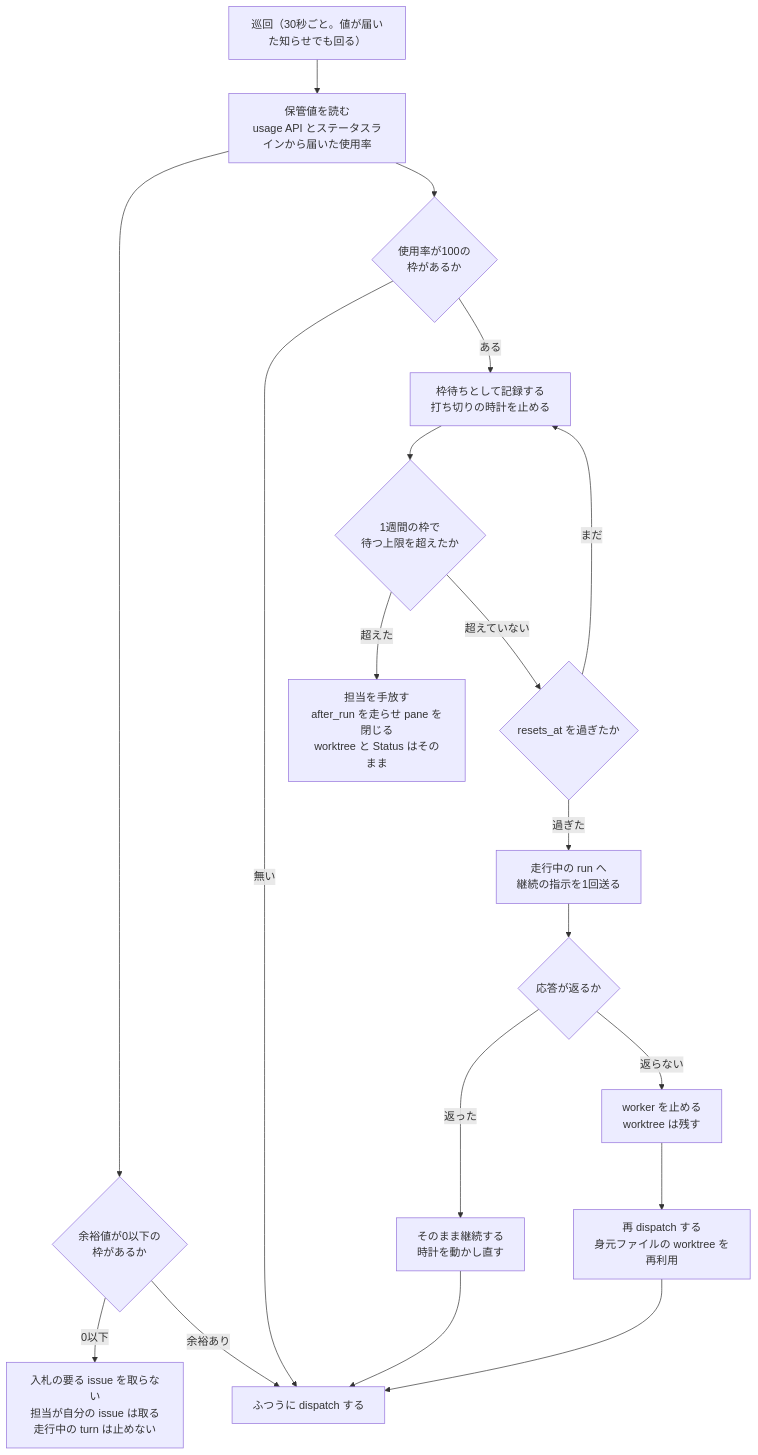
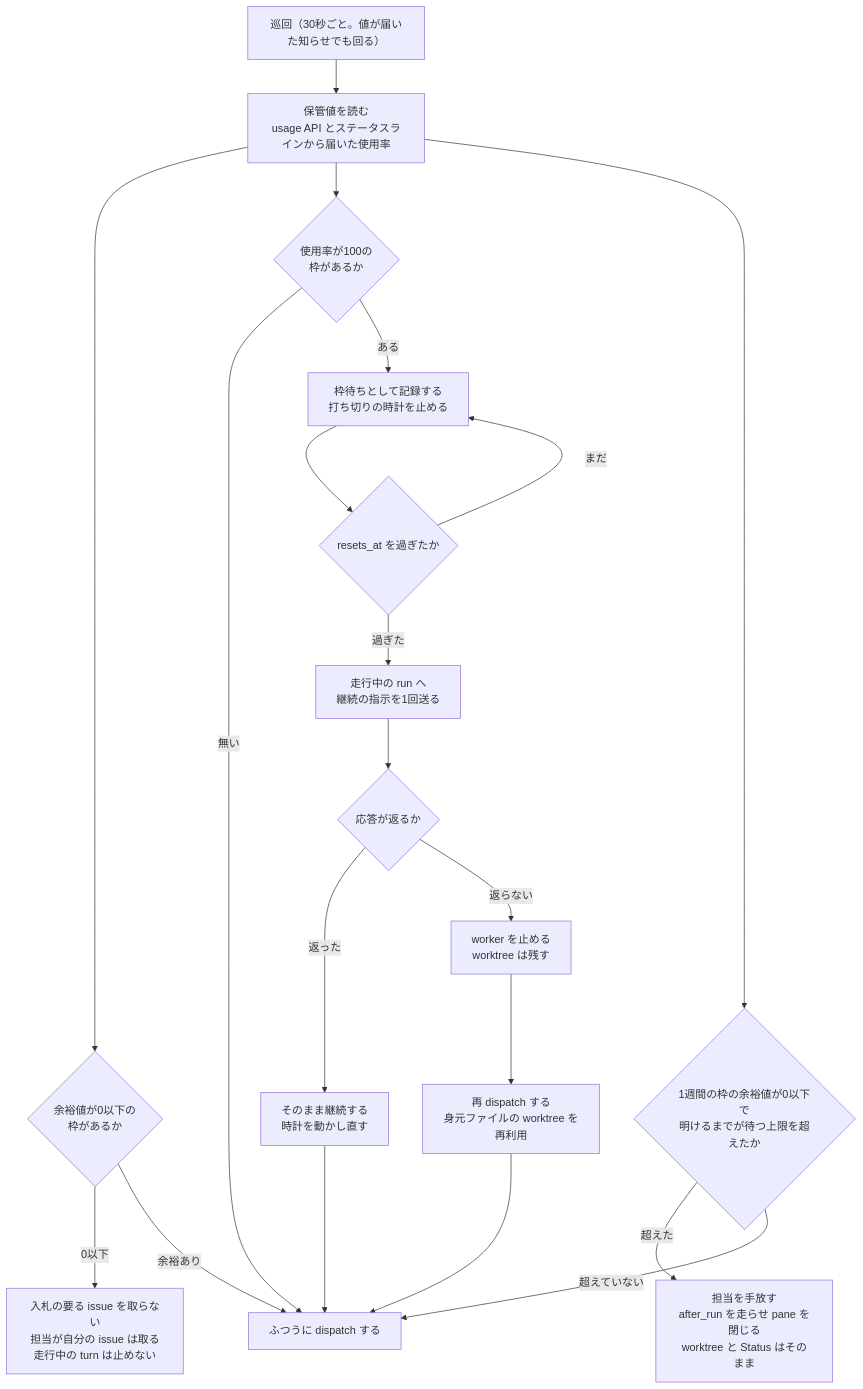
Before and after one commit to maimuzo/continuo: the fourth of 4 diagrams in docs/plans/continuo_design_slim.md, drawn with Mermaid. The commit also changed other lines of this file and 13 other files, not shown here.

````diff
--- a/docs/plans/continuo_design_slim.md
+++ b/docs/plans/continuo_design_slim.md
@@ -404,24 +408,26 @@
 ```mermaid
 flowchart TB
     poll["巡回（30秒ごと。値が届いた知らせでも回る）"] --> usage["保管値を読む<br/>usage API とステータスラインから届いた使用率"]
     usage --> over{"余裕値が0以下の<br/>枠があるか"}
     over -->|"0以下"| stop["入札の要る issue を取らない<br/>担当が自分の issue は取る<br/>走行中の turn は止めない"]
     over -->|"余裕あり"| normal["ふつうに dispatch する"]
 
     usage --> full{"使用率が100の<br/>枠があるか"}
     full -->|"無い"| normal
     full -->|"ある"| waiting["枠待ちとして記録する<br/>打ち切りの時計を止める"]
-    waiting --> limit{"1週間の枠で<br/>待つ上限を超えたか"}
-    limit -->|"超えた"| letgo["担当を手放す<br/>after_run を走らせ pane を閉じる<br/>worktree と Status はそのまま"]
-    limit -->|"超えていない"| reset{"resets_at を過ぎたか"}
+    waiting --> reset{"resets_at を過ぎたか"}
     reset -->|"まだ"| waiting
     reset -->|"過ぎた"| probe["走行中の run へ<br/>継続の指示を1回送る"]
+
+    usage --> limit{"1週間の枠の余裕値が0以下で<br/>明けるまでが待つ上限を超えたか"}
+    limit -->|"超えた"| letgo["担当を手放す<br/>after_run を走らせ pane を閉じる<br/>worktree と Status はそのまま"]
+    limit -->|"超えていない"| normal
 
     probe --> resp{"応答が返るか"}
     resp -->|"返った"| resume["そのまま継続する<br/>時計を動かし直す"]
     resp -->|"返らない"| kill["worker を止める<br/>worktree は残す"]
     kill --> redispatch["再 dispatch する<br/>身元ファイルの worktree を再利用"]
 
     resume --> normal
     redispatch --> normal
 ```
````
